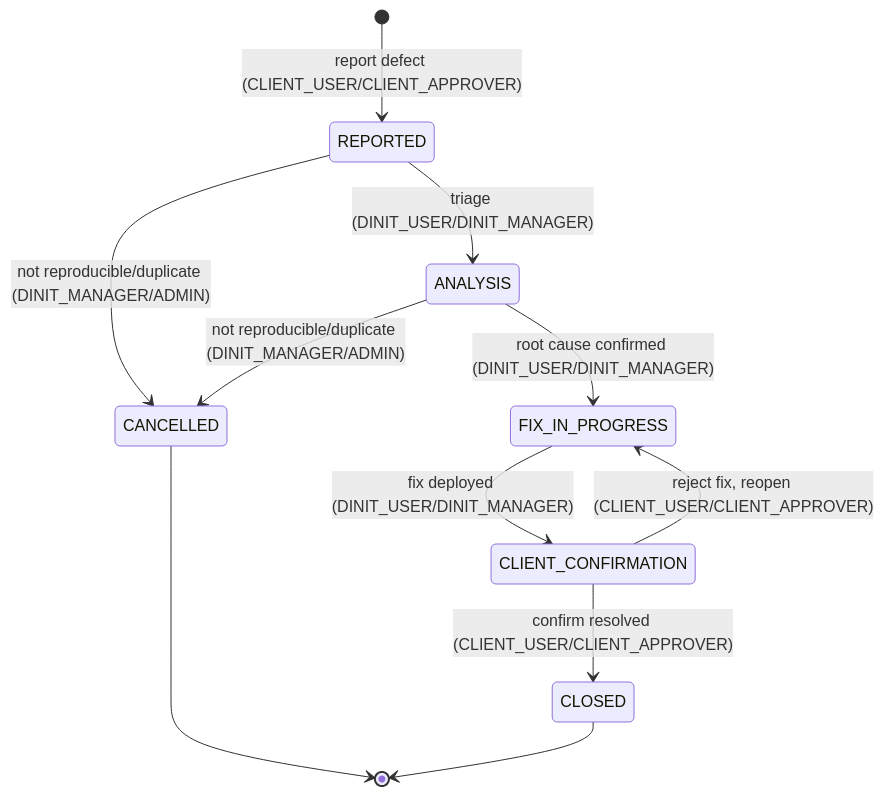
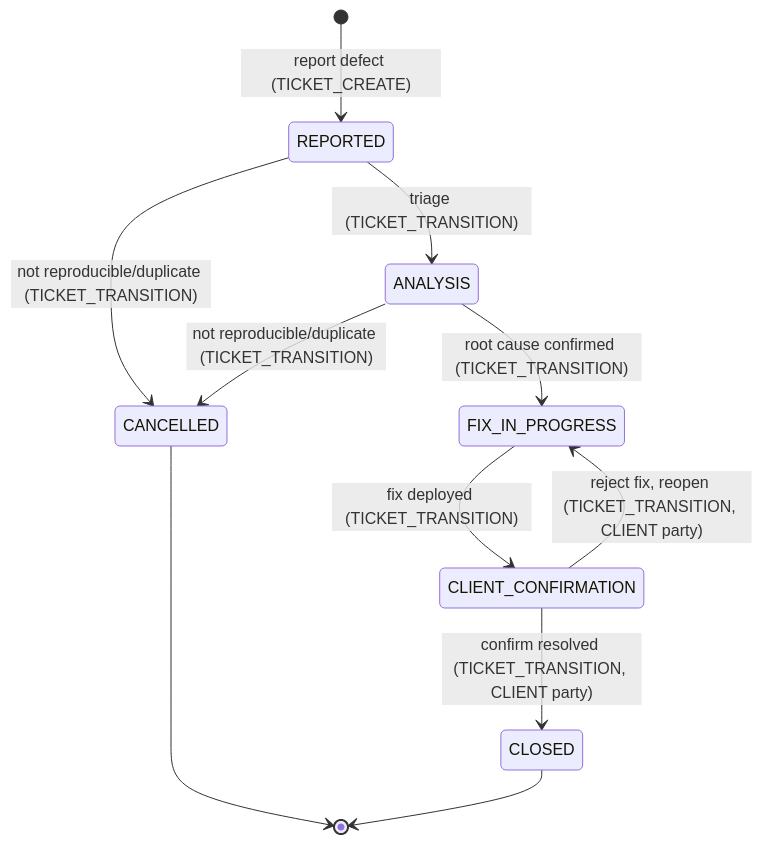
One commit to AleksV3/ticketFlow1 changed the diagram in specs/001-ticketing-mvp/features/US3-defect-sla.md. Above: the diagram before and after it, drawn with Mermaid. The commit also changed other lines of this file and 9 other files, not shown here.

````diff
--- a/specs/001-ticketing-mvp/features/US3-defect-sla.md
+++ b/specs/001-ticketing-mvp/features/US3-defect-sla.md
@@ -19,13 +20,13 @@
 ```mermaid
 stateDiagram-v2
-    [*] --> REPORTED: report defect (CLIENT_USER/CLIENT_APPROVER)
-    REPORTED --> ANALYSIS: triage (DINIT_USER/DINIT_MANAGER)
-    REPORTED --> CANCELLED: not reproducible/duplicate (DINIT_MANAGER/ADMIN)
-    ANALYSIS --> FIX_IN_PROGRESS: root cause confirmed (DINIT_USER/DINIT_MANAGER)
-    ANALYSIS --> CANCELLED: not reproducible/duplicate (DINIT_MANAGER/ADMIN)
-    FIX_IN_PROGRESS --> CLIENT_CONFIRMATION: fix deployed (DINIT_USER/DINIT_MANAGER)
-    CLIENT_CONFIRMATION --> CLOSED: confirm resolved (CLIENT_USER/CLIENT_APPROVER)
-    CLIENT_CONFIRMATION --> FIX_IN_PROGRESS: reject fix, reopen (CLIENT_USER/CLIENT_APPROVER)
+    [*] --> REPORTED: report defect (TICKET_CREATE)
+    REPORTED --> ANALYSIS: triage (TICKET_TRANSITION)
+    REPORTED --> CANCELLED: not reproducible/duplicate (TICKET_TRANSITION)
+    ANALYSIS --> FIX_IN_PROGRESS: root cause confirmed (TICKET_TRANSITION)
+    ANALYSIS --> CANCELLED: not reproducible/duplicate (TICKET_TRANSITION)
+    FIX_IN_PROGRESS --> CLIENT_CONFIRMATION: fix deployed (TICKET_TRANSITION)
+    CLIENT_CONFIRMATION --> CLOSED: confirm resolved (TICKET_TRANSITION, CLIENT party)
+    CLIENT_CONFIRMATION --> FIX_IN_PROGRESS: reject fix, reopen (TICKET_TRANSITION, CLIENT party)
     CANCELLED --> [*]
     CLOSED --> [*]
 ```
````
